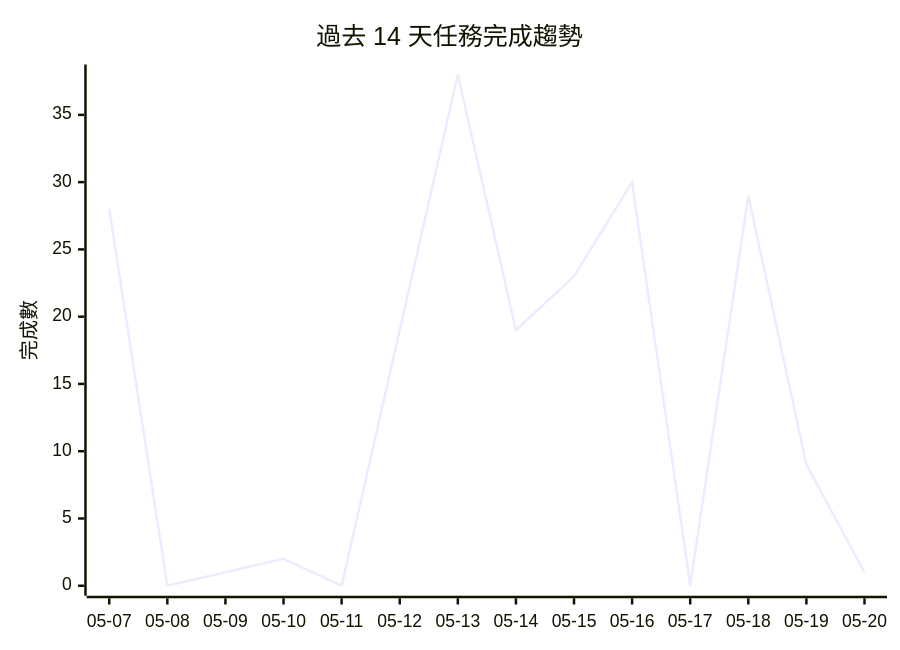
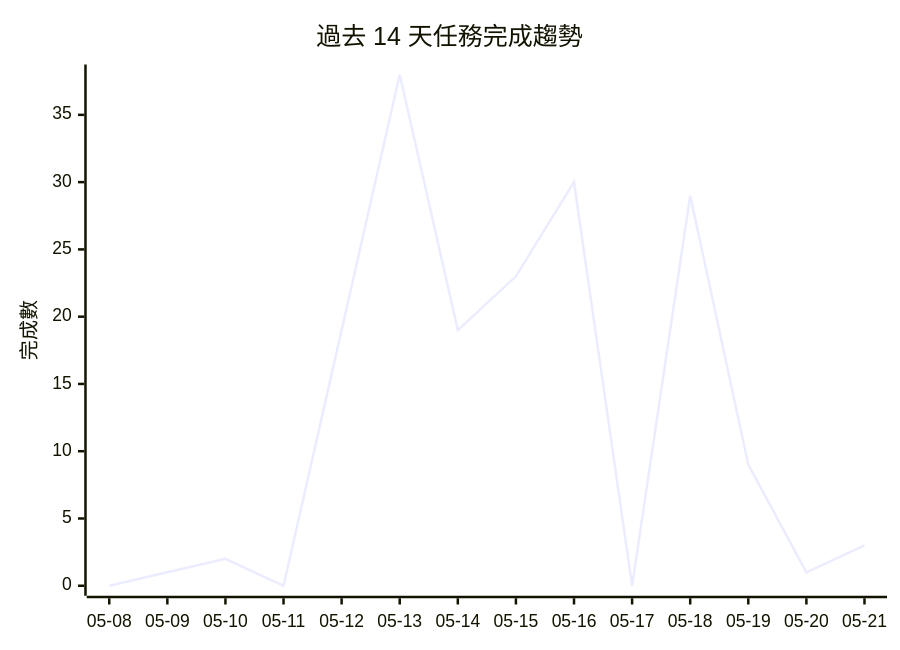
The diagram in README.md (openclawchen8-lgtm/openclawchen8-lgtm), drawn with Mermaid before and after one commit. The commit also changed other lines of this file, not shown here.

````diff
--- a/README.md
+++ b/README.md
@@ -174,7 +169,7 @@
 ```mermaid
 xychart-beta
     title "過去 14 天任務完成趨勢"
-    x-axis ["05-07", "05-08", "05-09", "05-10", "05-11", "05-12", "05-13", "05-14", "05-15", "05-16", "05-17", "05-18", "05-19", "05-20"]
+    x-axis ["05-08", "05-09", "05-10", "05-11", "05-12", "05-13", "05-14", "05-15", "05-16", "05-17", "05-18", "05-19", "05-20", "05-21"]
     y-axis "完成數" 0 --> 38
-    line [28, 0, 1, 2, 0, 19, 38, 19, 23, 30, 0, 29, 9, 1]
+    line [0, 1, 2, 0, 19, 38, 19, 23, 30, 0, 29, 9, 1, 3]
 ```
````
